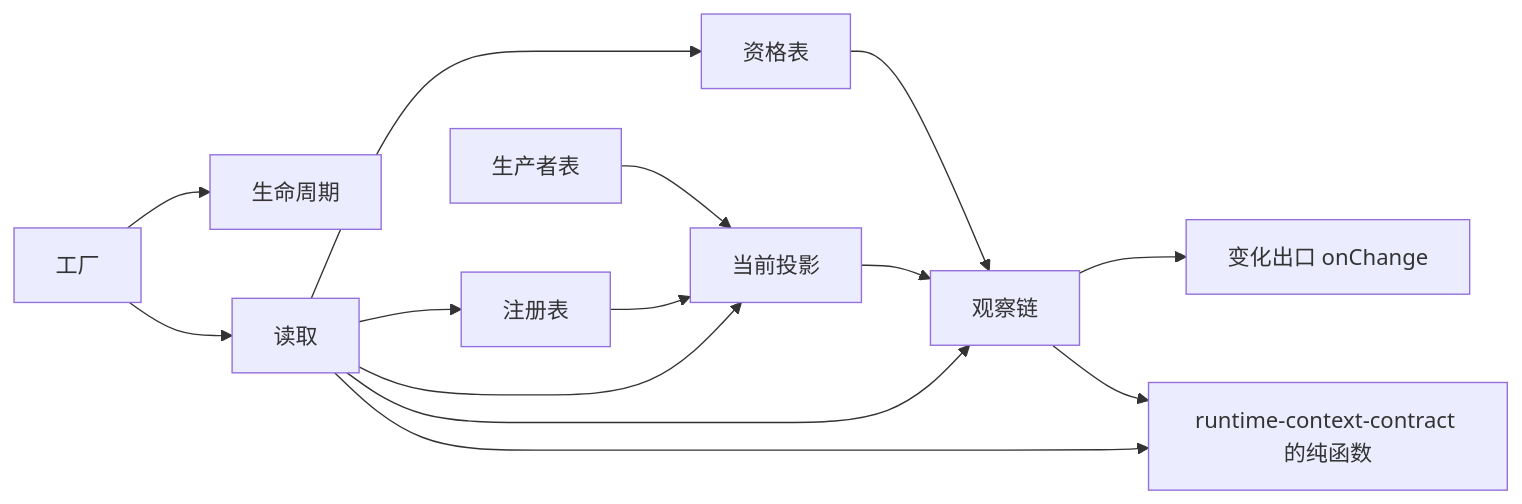
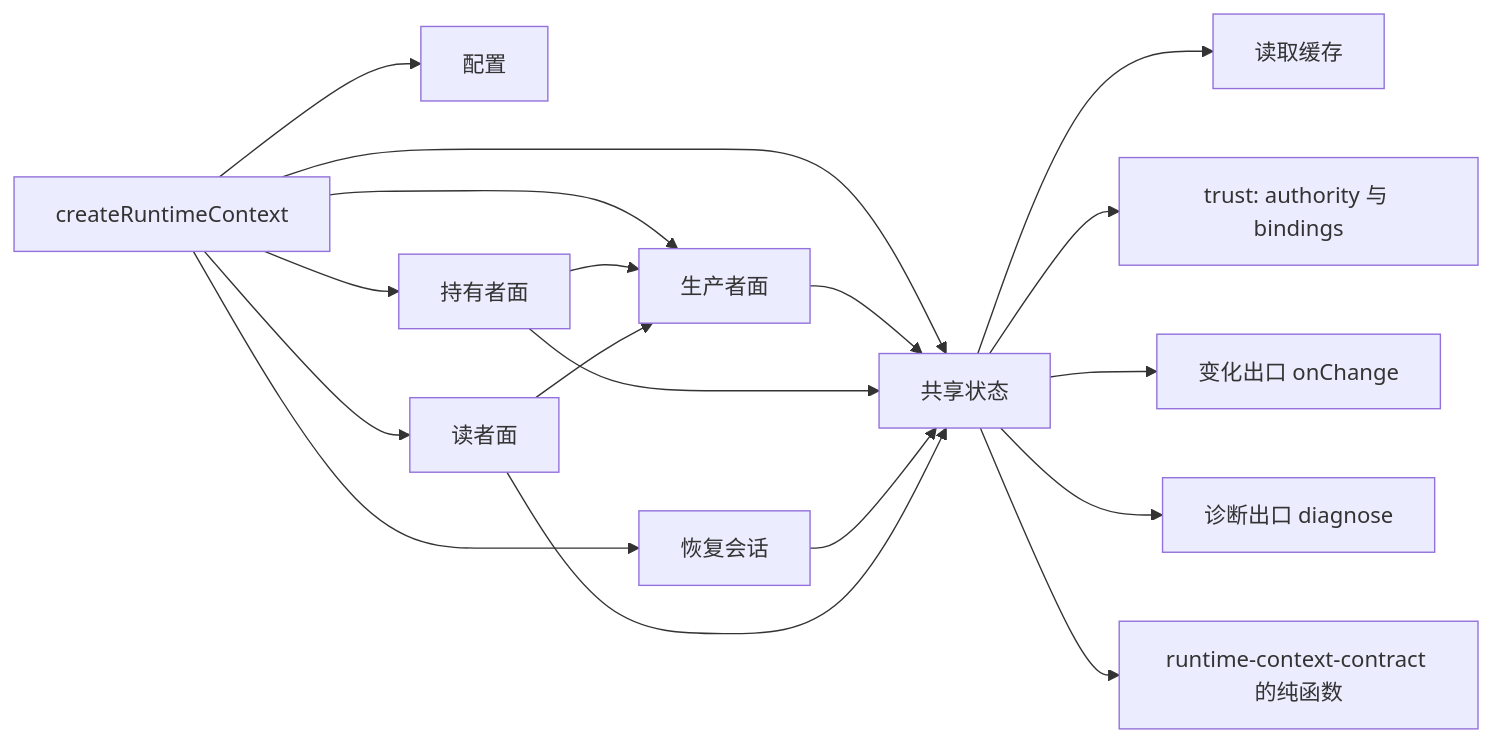
The diagram in packages/context/runtime-context/docs/architecture.md (nemori-ai/omne-harness-lite), drawn with Mermaid before and after one commit. The commit also changed other lines of this file and 26 other files, not shown here.

First line of the commit message:
docs(runtime-context): 机制与 CX-01 服务按实现落字：SPEC、docs、README 与目录导航（#502）

````diff
--- a/packages/context/runtime-context/docs/architecture.md
+++ b/packages/context/runtime-context/docs/architecture.md
@@ -21,16 +20,20 @@
 ```mermaid
 flowchart LR
-  Factory[工厂] --> Life[生命周期]
-  Factory --> Read[读取]
-  Read --> Elig[资格表]
-  Read --> Reg[注册表]
-  Read --> Proj[当前投影]
-  Read --> Obs[观察链]
-  Elig --> Obs
-  Prod[生产者表] --> Proj
-  Proj --> Obs
-  Reg --> Proj
-  Obs --> Out[变化出口 onChange]
-  Read --> RCC[runtime-context-contract 的纯函数]
-  Obs --> RCC
+  Factory[createRuntimeContext] --> Config[配置]
+  Factory --> World[共享状态]
+  Factory --> Producer[生产者面]
+  Factory --> Holder[持有者面]
+  Factory --> Replay[恢复会话]
+  Factory --> Reader[读者面]
+  Producer --> World
+  Holder --> World
+  Holder --> Producer
+  Replay --> World
+  Reader --> World
+  Reader --> Producer
+  World --> Cache[读取缓存]
+  World --> Trust[trust: authority 与 bindings]
+  World --> Out[变化出口 onChange]
+  World --> Diag[诊断出口 diagnose]
+  World --> RCC[runtime-context-contract 的纯函数]
 ```
````
